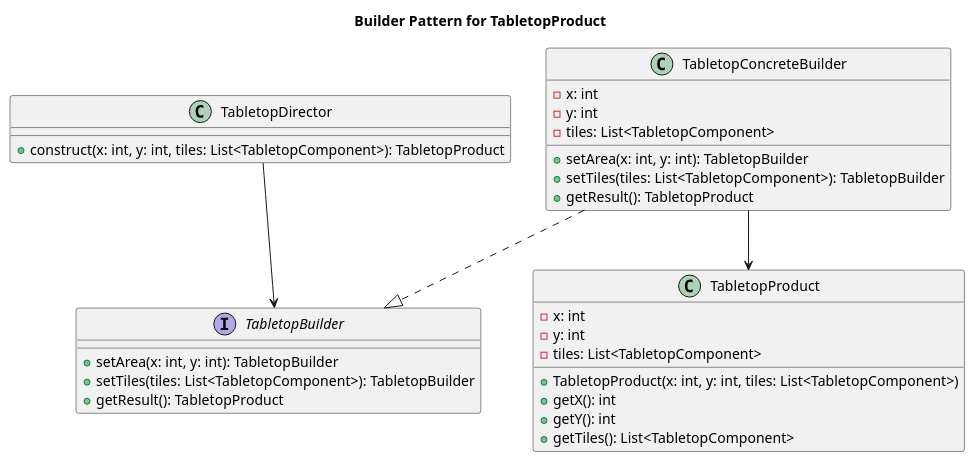
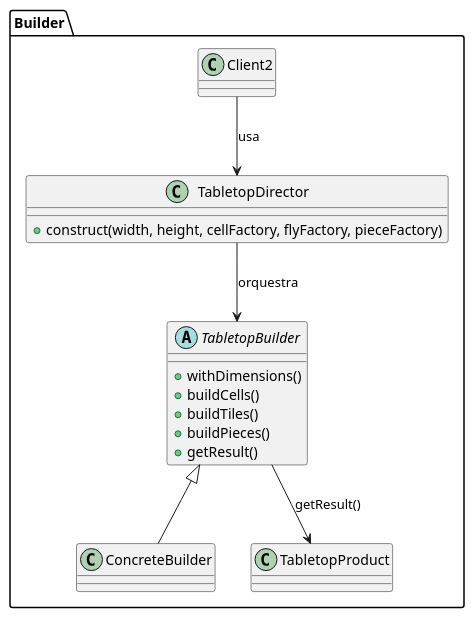
Before and after one commit to 20242-ifba-saj-ads-ppr/framework-equipe2: the second of 16 diagrams in README.md, drawn with PlantUML. The commit also changed other lines of this file and 5 other files, not shown here.

````diff
--- a/README.md
+++ b/README.md
@@ -33,38 +70,24 @@
 ```plantuml
 @startuml
-title Builder Pattern for TabletopProduct
+package "Builder" {
+    class Client2
+    class TabletopDirector {
+        +construct(width, height, cellFactory, flyFactory, pieceFactory)
+    }
+    abstract class TabletopBuilder {
+        +withDimensions()
+        +buildCells()
+        +buildTiles()
+        +buildPieces()
+        +getResult()
+    }
+    class ConcreteBuilder
+    class TabletopProduct
 
-interface TabletopBuilder {
-  + setArea(x: int, y: int): TabletopBuilder
-  + setTiles(tiles: List<TabletopComponent>): TabletopBuilder
-  + getResult(): TabletopProduct
+    Client2 --> TabletopDirector : usa
+    TabletopDirector --> TabletopBuilder : orquestra
+    TabletopBuilder <|-- ConcreteBuilder
+    TabletopBuilder --> TabletopProduct : getResult()
 }
-
-class TabletopConcreteBuilder {
-  - x: int
-  - y: int
-  - tiles: List<TabletopComponent>
-  + setArea(x: int, y: int): TabletopBuilder
-  + setTiles(tiles: List<TabletopComponent>): TabletopBuilder
-  + getResult(): TabletopProduct
-}
-
-class TabletopDirector {
-  + construct(x: int, y: int, tiles: List<TabletopComponent>): TabletopProduct
-}
-
-class TabletopProduct {
-  - x: int
-  - y: int
-  - tiles: List<TabletopComponent>
-  + TabletopProduct(x: int, y: int, tiles: List<TabletopComponent>)
-  + getX(): int
-  + getY(): int
-  + getTiles(): List<TabletopComponent>
-}
-
-TabletopConcreteBuilder ..|> TabletopBuilder
-TabletopDirector --> TabletopBuilder
-TabletopConcreteBuilder --> TabletopProduct
 @enduml
 ```
````
